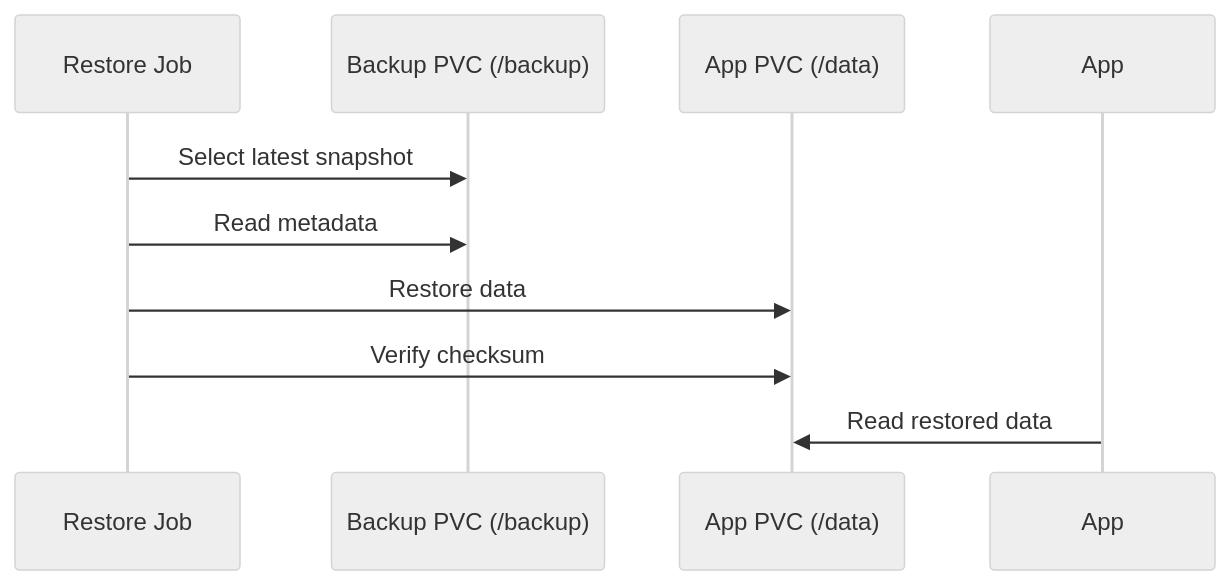
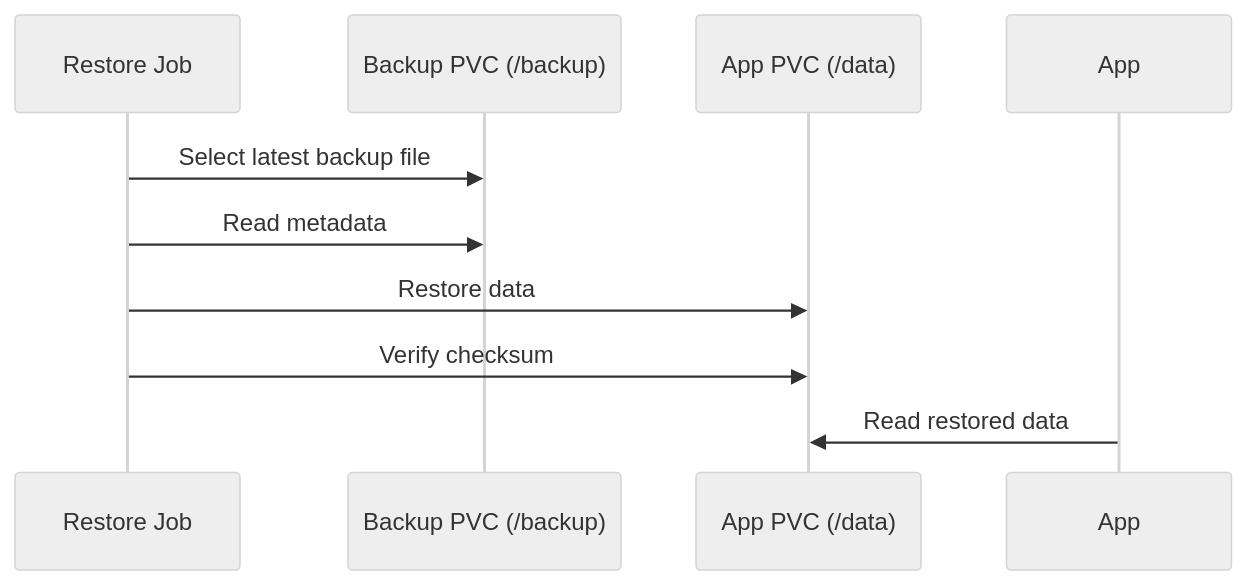
Before and after one commit to samuelhajnik/kubernetes-backup-recovery-demo: the third of 3 diagrams in README.md, drawn with Mermaid (neutral theme). The commit also changed other lines of this file and 6 other files, not shown here.

````diff
--- a/README.md
+++ b/README.md
@@ -324,13 +399,13 @@
 ```mermaid
 sequenceDiagram
     participant Restore as Restore Job
     participant Storage as Backup PVC (/backup)
     participant PVC as App PVC (/data)
     participant App
 
-    Restore->>Storage: Select latest snapshot
+    Restore->>Storage: Select latest backup file
     Restore->>Storage: Read metadata
-    Restore->>PVC:          Restore data
-    Restore->>PVC:          Verify checksum
+    Restore->>PVC: Restore data
+    Restore->>PVC: Verify checksum
     App->>PVC: Read restored data
 ```
````
